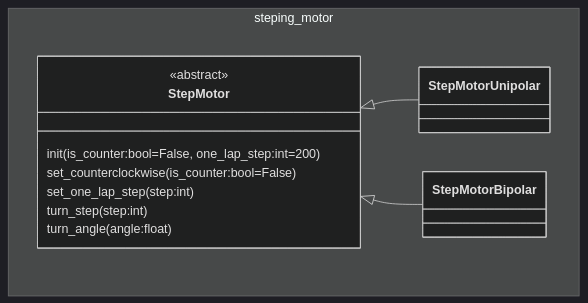
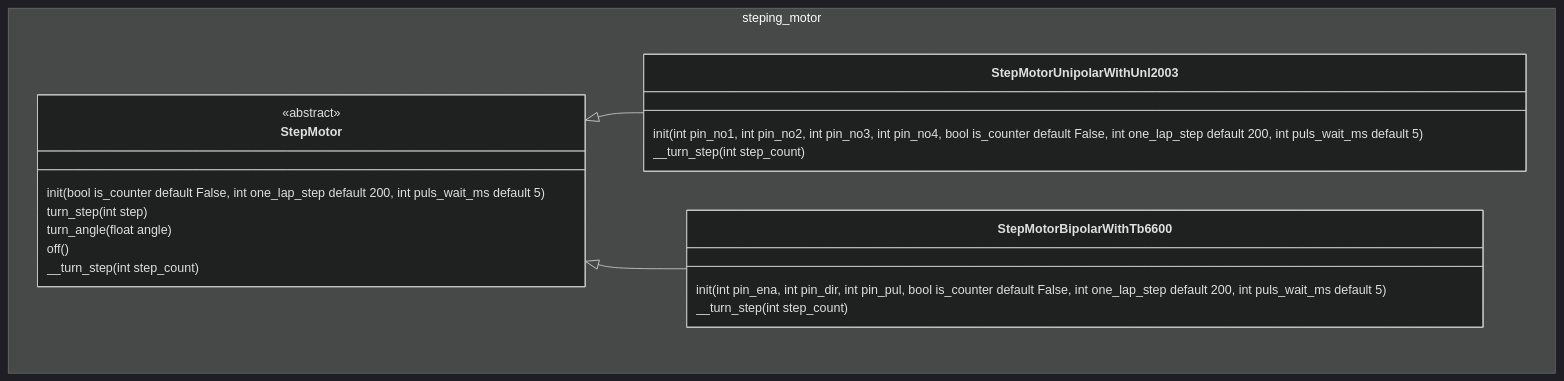
The fifth of 5 diagrams in Library/picolib/README.md (ModokiSealsky/ElectronicWork), drawn with Mermaid (dark theme) before and after one commit. The commit also changed other lines of this file and 1 other file, not shown here.

Commit message:
ステッピングモータークラスのパッケージ化

````diff
--- a/Library/picolib/README.md
+++ b/Library/picolib/README.md
@@ -170,21 +170,25 @@
 ```mermaid
 classDiagram
 namespace steping_motor {
     class StepMotor{
         <<abstract>>
-        init(is_counter:bool=False, one_lap_step:int=200)
-        set_counterclockwise(is_counter:bool=False)
-        set_one_lap_step(step:int)
-        turn_step(step:int)
-        turn_angle(angle:float)
+        init(bool is_counter default False, int one_lap_step default 200, int puls_wait_ms default 5)
+        turn_step(int step)
+        turn_angle(float angle)
+        off()
+        __turn_step(int step_count)
     }
 
-    class StepMotorUnipolar {
+    class StepMotorUnipolarWithUnl2003 {
+        init(int pin_no1, int pin_no2, int pin_no3, int pin_no4, bool is_counter default False, int one_lap_step default 200, int puls_wait_ms default 5)
+        __turn_step(int step_count)
     }
 
-    class StepMotorBipolar {
+    class StepMotorBipolarWithTb6600 {
+        init(int pin_ena, int pin_dir, int pin_pul, bool is_counter default False, int one_lap_step default 200, int puls_wait_ms default 5)
+        __turn_step(int step_count)
     }
 }
-StepMotor <|-- StepMotorUnipolar
-StepMotor <|-- StepMotorBipolar
+StepMotor <|-- StepMotorUnipolarWithUnl2003
+StepMotor <|-- StepMotorBipolarWithTb6600
 ```
````
